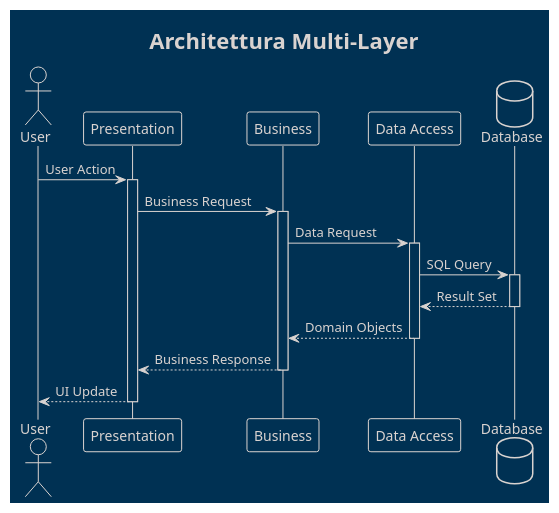
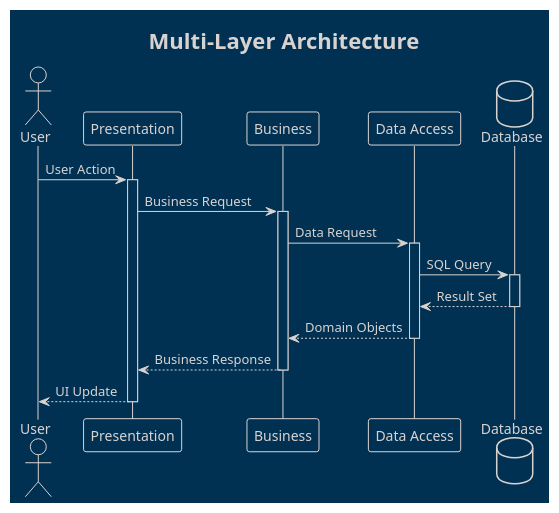
Diagram 12 of 32 in 03-behavioral-diagrams/sequence-diagrams/README.md (Seniorsimo/sas-template), drawn with PlantUML before and after one commit. The commit also changed other lines of this file and 49 other files, not shown here.

````diff
--- a/03-behavioral-diagrams/sequence-diagrams/README.md
+++ b/03-behavioral-diagrams/sequence-diagrams/README.md
@@ -146,29 +146,29 @@
 ```plantuml
 @startuml
 !theme blueprint
-title Architettura Multi-Layer
+title Multi-Layer Architecture
 
 actor "User" as U
 participant "Presentation" as P
 participant "Business" as B
 participant "Data Access" as D
 database "Database" as DB
 
 U -> P: User Action
 activate P
 P -> B: Business Request
 activate B
 B -> D: Data Request
 activate D
 D -> DB: SQL Query
 activate DB
 DB --> D: Result Set
 deactivate DB
 D --> B: Domain Objects
 deactivate D
 B --> P: Business Response
 deactivate B
 P --> U: UI Update
 deactivate P
 @enduml
 ```
````
